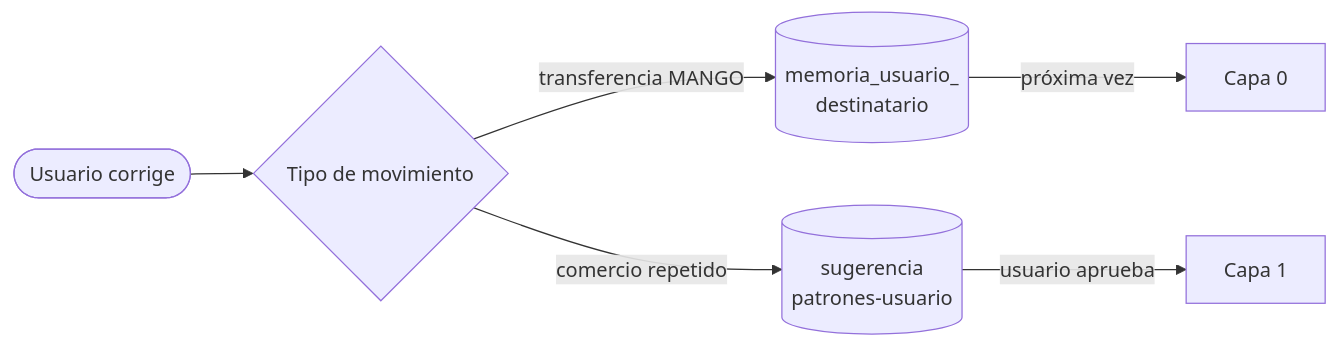
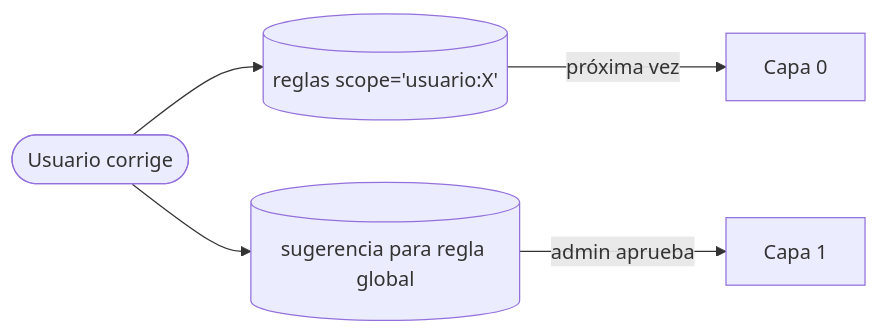
The second of 2 diagrams in README.md (anegri93/tagger), drawn with Mermaid before and after one commit. The commit also changed other lines of this file and 2 other files, not shown here.

First line of the commit message:
docs: actualizar README + OpenAPI + Postman para modelo simplificado

````diff
--- a/README.md
+++ b/README.md
@@ -92,8 +86,7 @@
 ```mermaid
 flowchart LR
-    U([Usuario corrige]) --> Q{Tipo de movimiento}
-    Q -->|transferencia MANGO| M[(memoria_usuario_<br/>destinatario)]
-    Q -->|comercio repetido| S[(sugerencia<br/>patrones-usuario)]
-    M -->|próxima vez| C0[Capa 0]
-    S -->|usuario aprueba| C1[Capa 1]
+    U([Usuario corrige]) --> R[(reglas scope='usuario:X')]
+    R -->|próxima vez| C0[Capa 0]
+    U --> S[(sugerencia para regla global)]
+    S -->|admin aprueba| C1[Capa 1]
 ```
````
